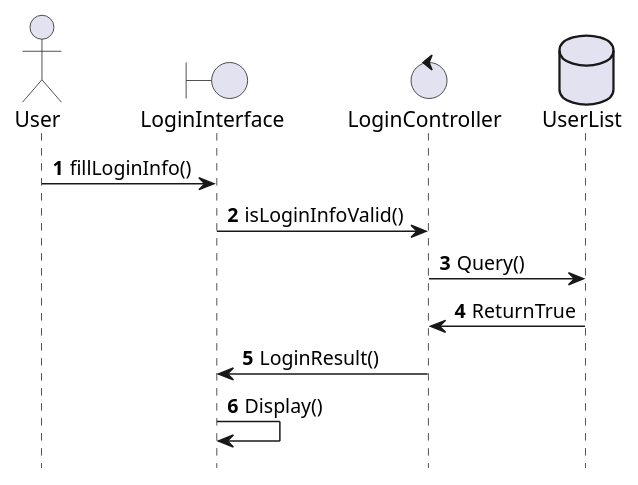
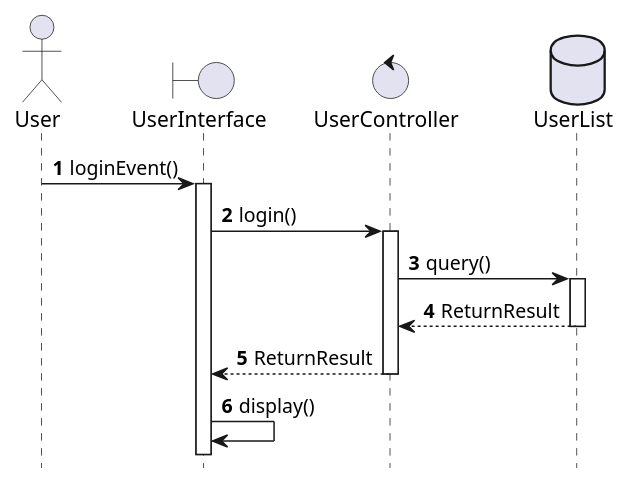
One commit to wwyf/Waterfall changed the diagram in report/misc/figure_src/sequence_diagram/sd_login.puml. Above: the diagram before and after it, drawn with PlantUML. The commit also changed 40 other files, not shown here.

```diff
--- a/report/misc/figure_src/sequence_diagram/sd_login.puml
+++ b/report/misc/figure_src/sequence_diagram/sd_login.puml
@@ -1,19 +1,29 @@
 @startuml
 ''' 省略底部
 	hide footbox 
 
 ''' 定义类
 	actor User as act
-	boundary LoginInterface as bou
-	control LoginController as con
+	boundary UserInterface as bou
+	control UserController as con
 	database UserList as db
 
 	autonumber
-	act -> bou : fillLoginInfo()
-	bou -> con : isLoginInfoValid()
-	con -> db : Query()
-	db -> con : ReturnTrue
-	con -> bou : LoginResult()
-	bou -> bou : Display()
+	act -> bou : loginEvent()
+	activate bou
+
+	bou -> con : login()
+	activate con 
+
+	con -> db : query()
+	activate db
+
+	db --> con : ReturnResult
+	deactivate db
+
+	con --> bou : ReturnResult
+	deactivate con
+
+	bou -> bou : display()
 
 @enduml
```
